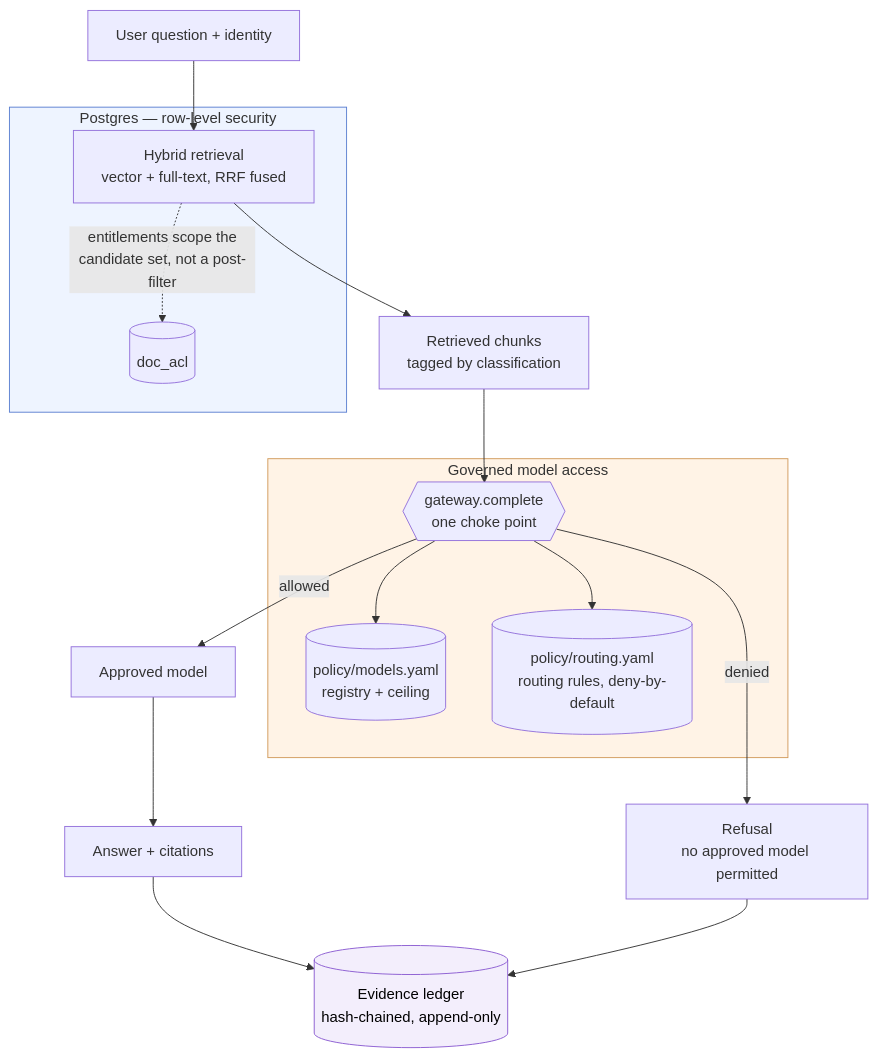
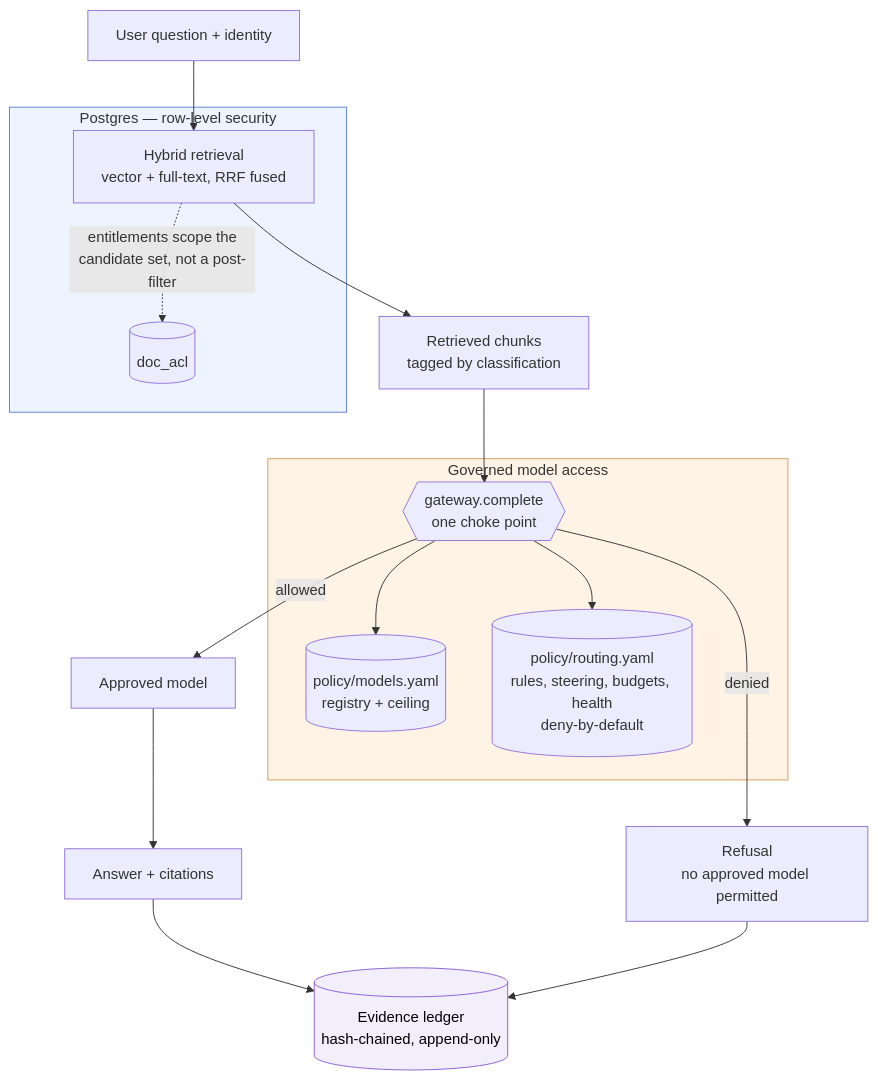
The diagram in README.md (Lanier-Developments/ControlPlane), drawn with Mermaid before and after one commit. The commit also changed other lines of this file and 1 other file, not shown here.

````diff
--- a/README.md
+++ b/README.md
@@ -13,32 +13,32 @@
 ```mermaid
 flowchart TD
     U["User question + identity"] --> R
 
     subgraph DB["Postgres — row-level security"]
         R["Hybrid retrieval<br/>vector + full-text, RRF fused"]
         ACL[("doc_acl")]
         R -. "entitlements scope the<br/>candidate set, not a post-filter" .-> ACL
     end
 
     R --> CTX["Retrieved chunks<br/>tagged by classification"]
     CTX --> GW
 
     subgraph GOV["Governed model access"]
         GW{{"gateway.complete<br/>one choke point"}}
         REG[("policy/models.yaml<br/>registry + ceiling")]
-        RULES[("policy/routing.yaml<br/>routing rules, deny-by-default")]
+        RULES[("policy/routing.yaml<br/>rules, steering, budgets, health<br/>deny-by-default")]
         GW --> REG
         GW --> RULES
     end
 
     GW -->|"allowed"| MODEL["Approved model"]
     GW -->|"denied"| REFUSE["Refusal<br/>no approved model permitted"]
     MODEL --> ANSWER["Answer + citations"]
 
     ANSWER --> LEDGER[("Evidence ledger<br/>hash-chained, append-only")]
     REFUSE --> LEDGER
 
     style DB fill:#eef4ff,stroke:#5b7fd1
     style GOV fill:#fff3e6,stroke:#d19a5b
     style LEDGER fill:#f3eefc,stroke:#8a5bd1,color:#000000
 ```
````
